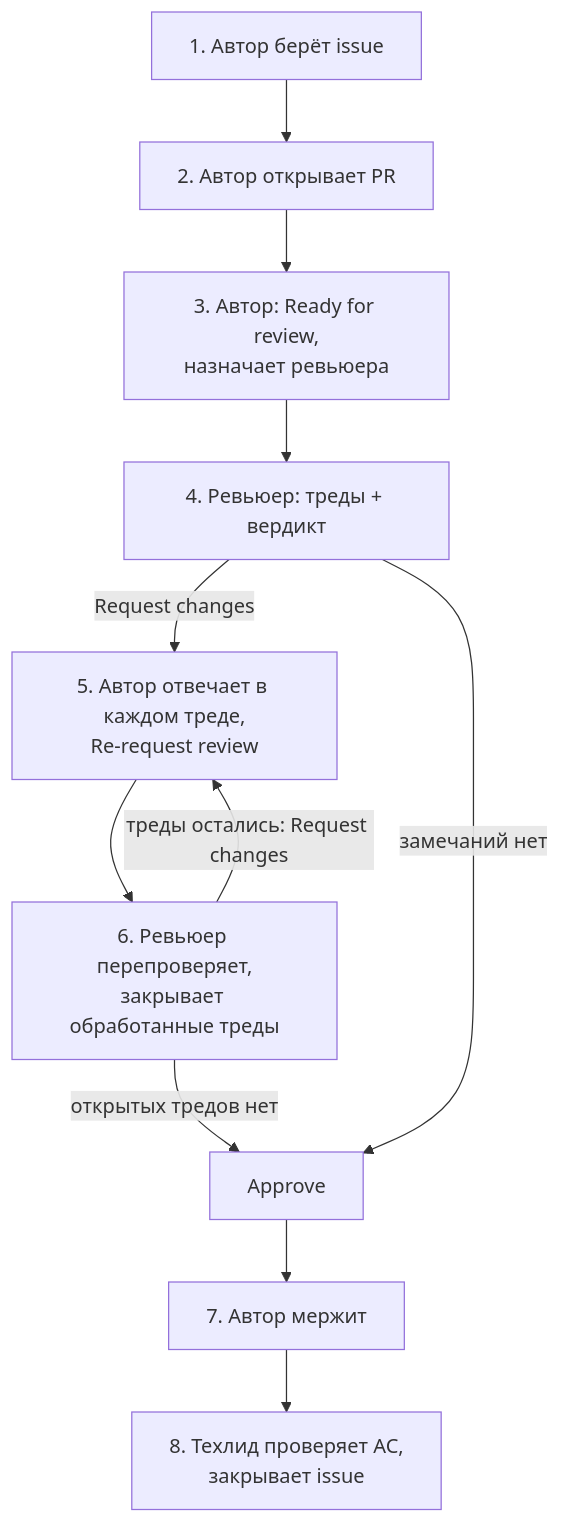
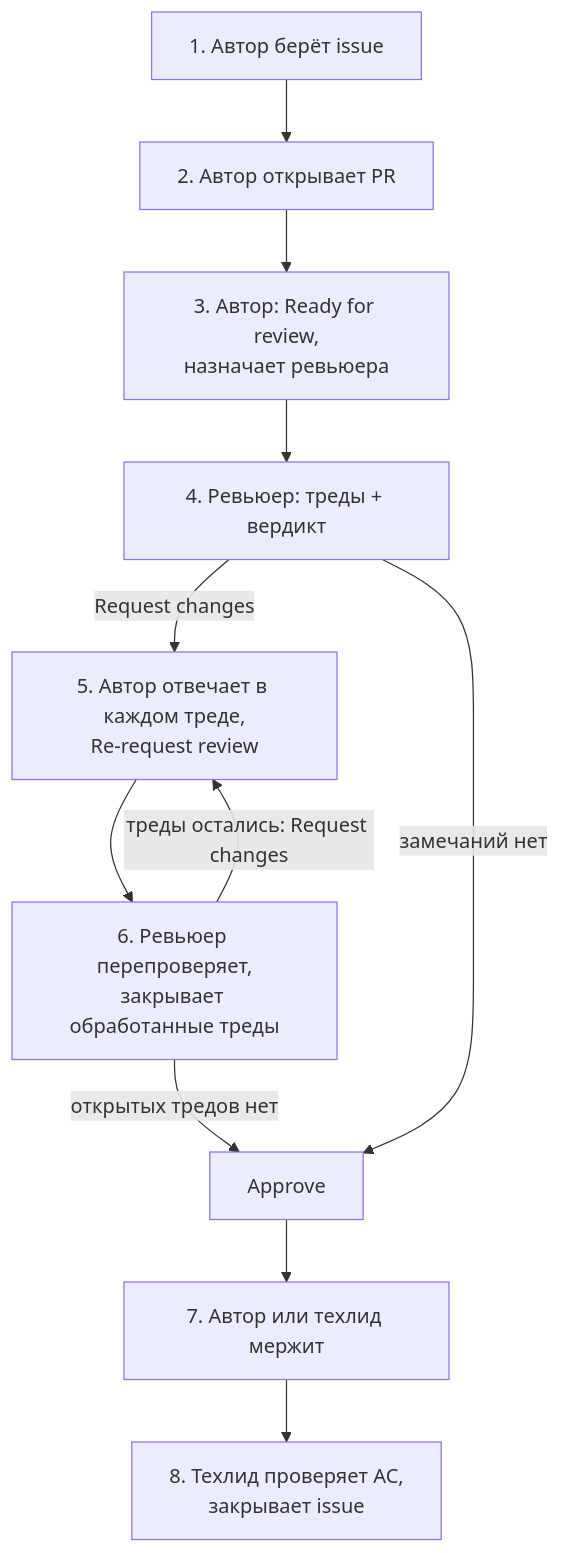
The diagram in docs/CONTRIBUTING.md (larchanka-training/dmc-268-api-t6), drawn with Mermaid before and after one commit. The commit also changed other lines of this file, not shown here.

First line of the commit message:
docs(contributing): let the tech lead merge ready PRs (#271) (#400)

````diff
--- a/docs/CONTRIBUTING.md
+++ b/docs/CONTRIBUTING.md
@@ -26,13 +26,13 @@
 ```mermaid
 flowchart TD
   take["1. Автор берёт issue"] --> pr["2. Автор открывает PR"]
   pr --> ready["3. Автор: Ready for review,<br/>назначает ревьюера"]
   ready --> review["4. Ревьюер: треды + вердикт"]
   review -->|Request changes| answer["5. Автор отвечает в каждом треде,<br/>Re-request review"]
   answer --> recheck["6. Ревьюер перепроверяет,<br/>закрывает обработанные треды"]
   recheck -->|треды остались: Request changes| answer
   recheck -->|открытых тредов нет| approve["Approve"]
   review -->|замечаний нет| approve
-  approve --> merge["7. Автор мержит"]
+  approve --> merge["7. Автор или техлид мержит"]
   merge --> accept["8. Техлид проверяет AC,<br/>закрывает issue"]
 ```
````
